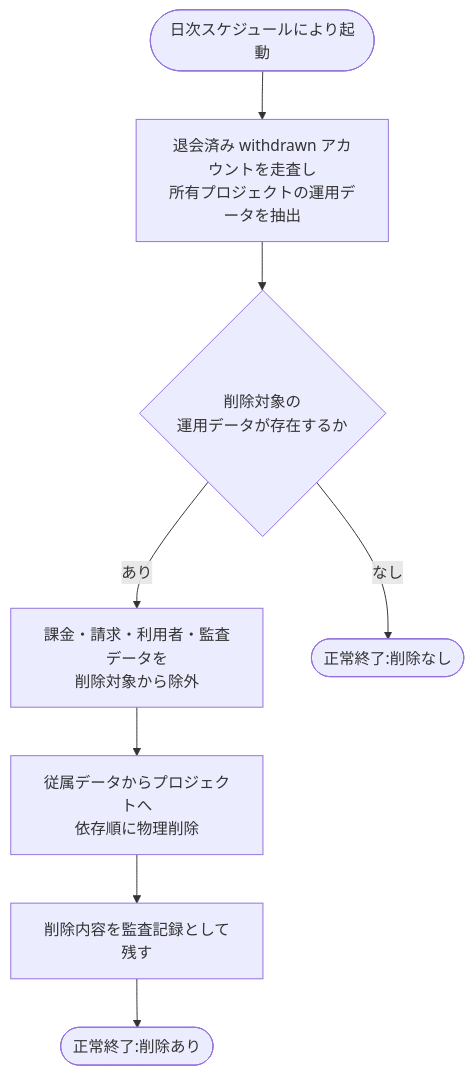
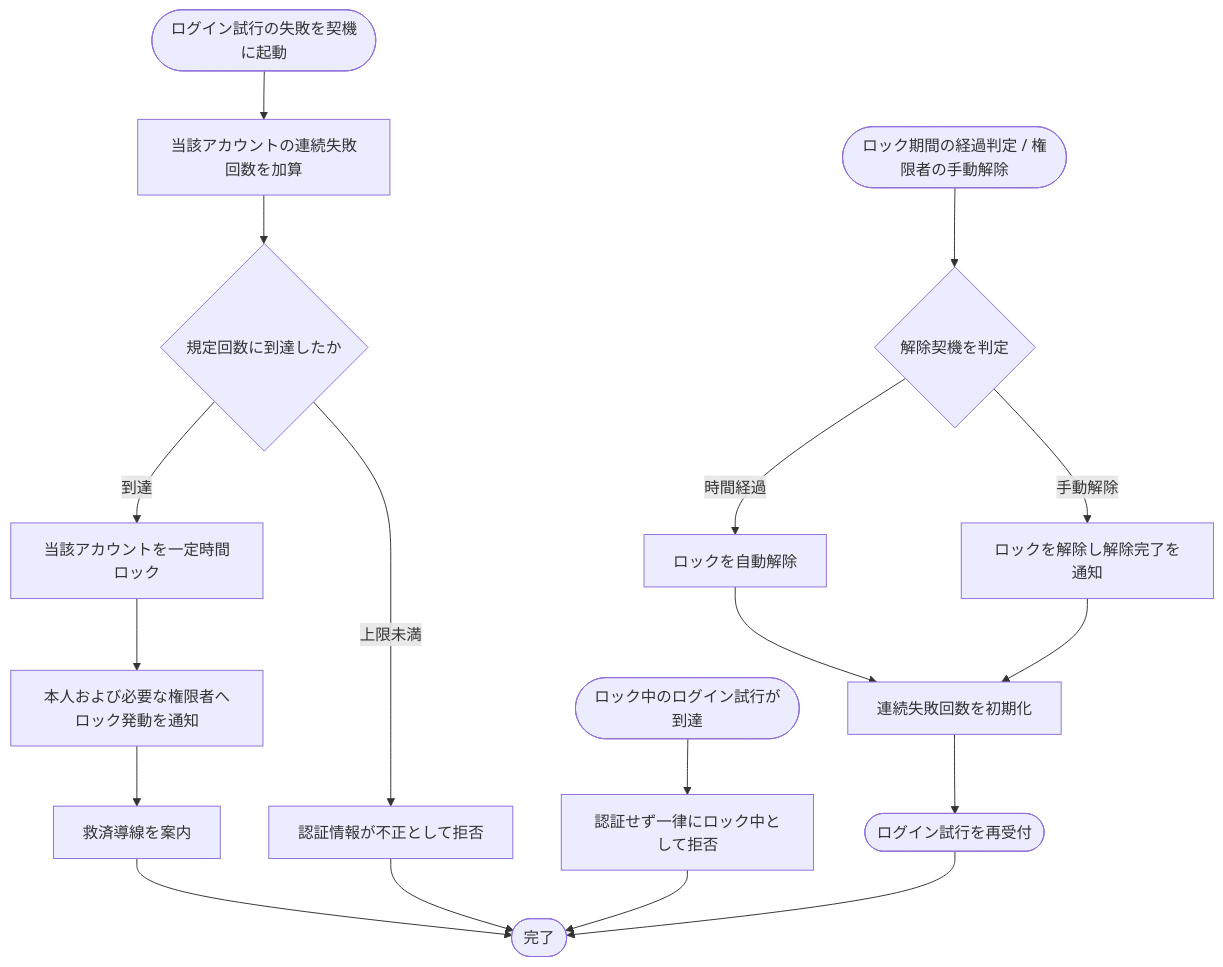
One commit to sikakou54/open-faq changed the diagram in 02_basic_design/02_backend/01_system/SYS-029.md. Above: the diagram before and after it, drawn with Mermaid. The commit also changed other lines of this file and 395 other files, not shown here.

````diff
--- a/02_basic_design/02_backend/01_system/SYS-029.md
+++ b/02_basic_design/02_backend/01_system/SYS-029.md
@@ -38,10 +29,20 @@
 ```mermaid
 flowchart TB
-  S([日次スケジュールにより起動]) --> A[退会済み withdrawn アカウントを走査し<br/>所有プロジェクトの運用データを抽出]
-  A --> B{削除対象の<br/>運用データが存在するか}
-  B -- あり --> C[課金・請求・利用者・監査データを<br/>削除対象から除外]
-  C --> D[従属データからプロジェクトへ<br/>依存順に物理削除]
-  D --> E[削除内容を監査記録として残す]
-  E --> F([正常終了:削除あり])
-  B -- なし --> G([正常終了:削除なし])
+  S([ログイン試行の失敗を契機に起動]) --> A[当該アカウントの連続失敗回数を加算]
+  A --> B{規定回数に到達したか}
+  B -- 到達 --> C[当該アカウントを一定時間ロック]
+  C --> D[本人および必要な権限者へロック発動を通知]
+  D --> E[救済導線を案内]
+  B -- 上限未満 --> F[認証情報が不正として拒否]
+  G([ロック中のログイン試行が到達]) --> H[認証せず一律にロック中として拒否]
+  I([ロック期間の経過判定 / 権限者の手動解除]) --> J{解除契機を判定}
+  J -- 時間経過 --> K[ロックを自動解除]
+  J -- 手動解除 --> L[ロックを解除し解除完了を通知]
+  K --> M[連続失敗回数を初期化]
+  L --> M
+  M --> N([ログイン試行を再受付])
+  E --> Z([完了])
+  F --> Z
+  H --> Z
+  N --> Z
 ```
````
